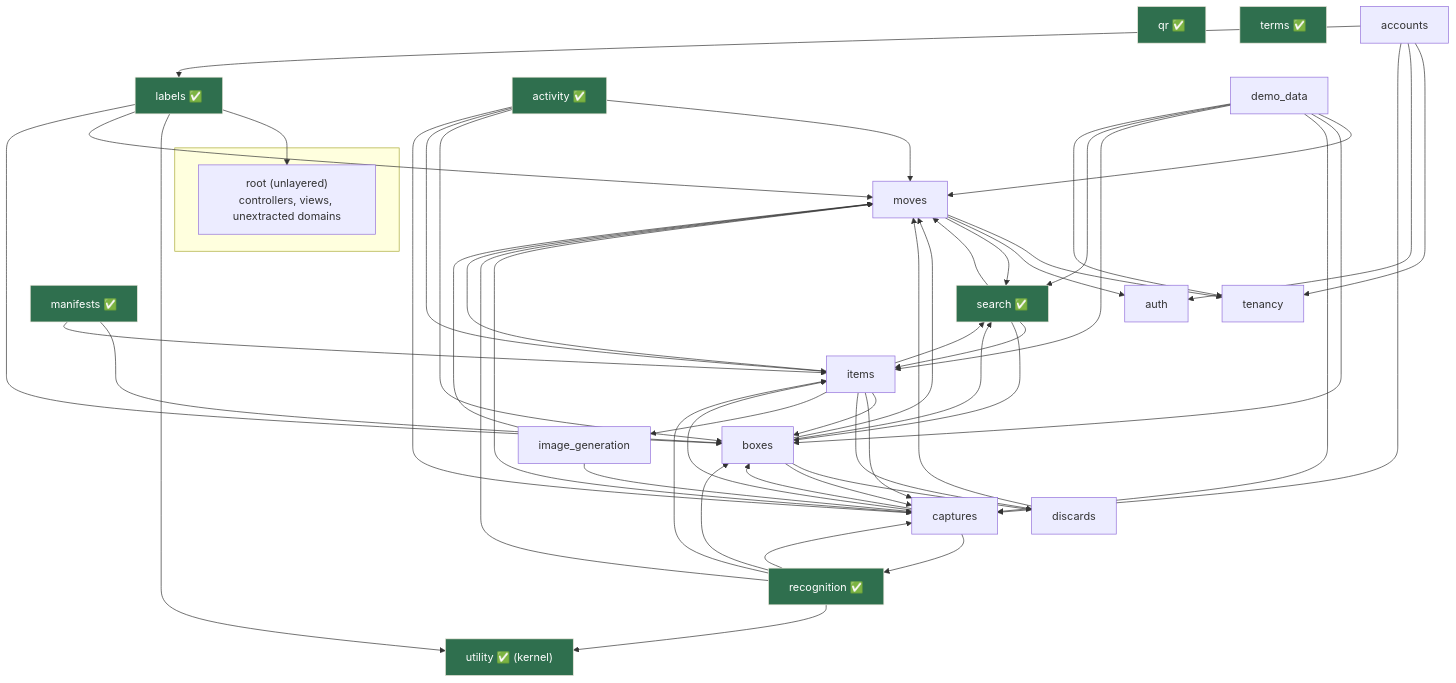
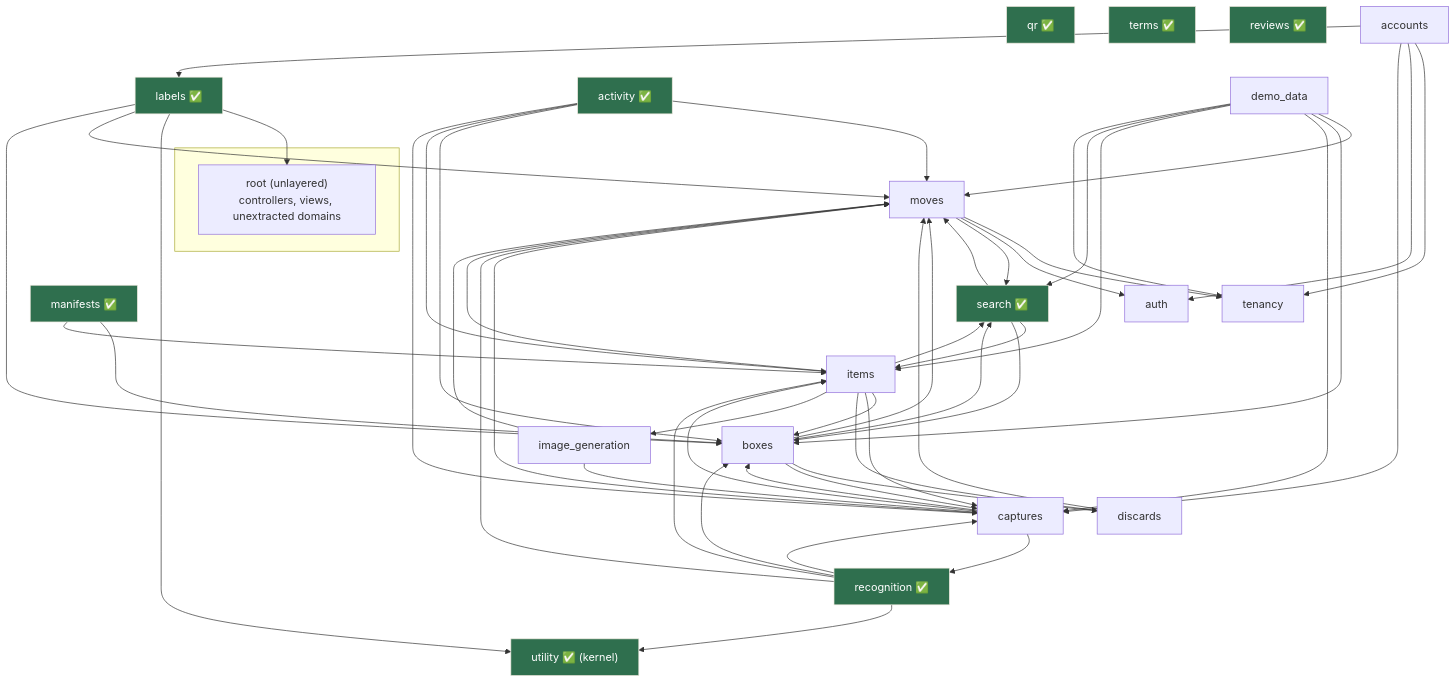
Before and after one commit to joel/move: the diagram in doc/project/packwerk-boundaries.md, drawn with Mermaid. The commit also changed 1 other file, not shown here.

Commit message:
docs(packwerk): mark reviews as an extracted domain pack

````diff
--- a/doc/project/packwerk-boundaries.md
+++ b/doc/project/packwerk-boundaries.md
@@ -154,43 +154,44 @@
 ```mermaid
 graph TD
     subgraph application [" "]
       root["root (unlayered)<br/>controllers, views, unextracted domains"]
     end
 
     labels["labels ✅"]
     utility["utility ✅ (kernel)"]
     boxes["boxes"]
     items["items"]
     moves["moves"]
     captures["captures"]
     recognition["recognition ✅"]
     search["search ✅"]
     image_gen["image_generation"]
     activity["activity ✅"]
     qr["qr ✅"]
     terms["terms ✅"]
+    reviews["reviews ✅"]
     manifests["manifests ✅"]
     discards["discards"]
     accounts["accounts"]
     demo["demo_data"]
     tenancy["tenancy"]
     auth["auth"]
 
     labels --> root & utility
     boxes --> moves & discards & search & captures
     items --> boxes & moves & captures & discards & image_gen & search
     captures --> moves & boxes & items & recognition
     recognition --> moves & boxes & items & captures & utility
     search --> moves & items & boxes
     moves --> tenancy & auth & search
     image_gen --> moves & captures
     activity --> moves & boxes & items & captures
     manifests --> boxes & items
     labels --> moves & boxes
     accounts --> tenancy & auth & captures & labels
     demo --> moves & boxes & captures & items & search & tenancy
     discards --> moves
 
     classDef done fill:#2f6f4e,stroke:#ECE7DC,color:#fff;
-    class labels,utility,manifests,search,recognition,activity,qr,terms done;
+    class labels,utility,manifests,search,recognition,activity,qr,terms,reviews done;
 ```
````
